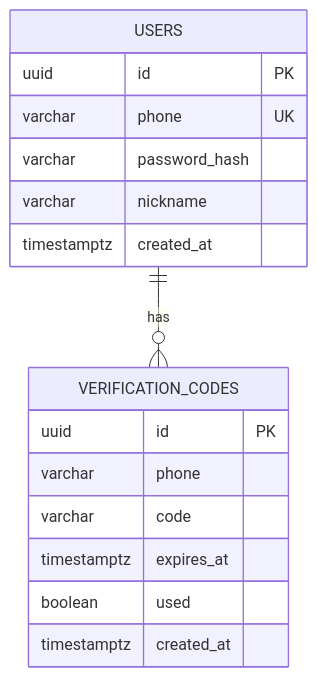
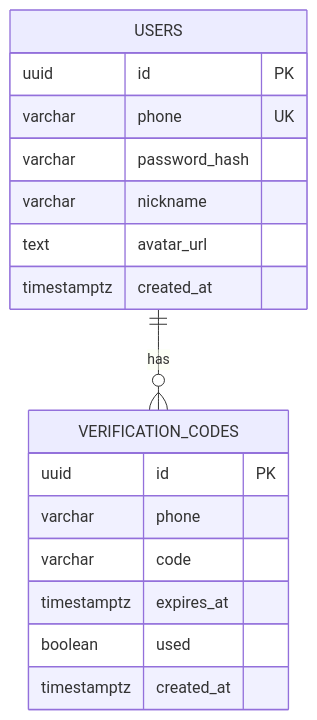
Before and after one commit to billye220670/BananaFlow2: the sixth of 9 diagrams in .qoder/repowiki/zh/content/核心功能模块/用户认证系统.md, drawn with Mermaid. The commit also changed other lines of this file and 19 other files, not shown here.

````diff
--- a/.qoder/repowiki/zh/content/核心功能模块/用户认证系统.md
+++ b/.qoder/repowiki/zh/content/核心功能模块/用户认证系统.md
@@ -296,19 +350,20 @@
 ```mermaid
 erDiagram
 USERS {
 uuid id PK
 varchar phone UK
 varchar password_hash
 varchar nickname
+text avatar_url
 timestamptz created_at
 }
 VERIFICATION_CODES {
 uuid id PK
 varchar phone
 varchar code
 timestamptz expires_at
 boolean used
 timestamptz created_at
 }
 USERS ||--o{ VERIFICATION_CODES : "has"
 ```
````
